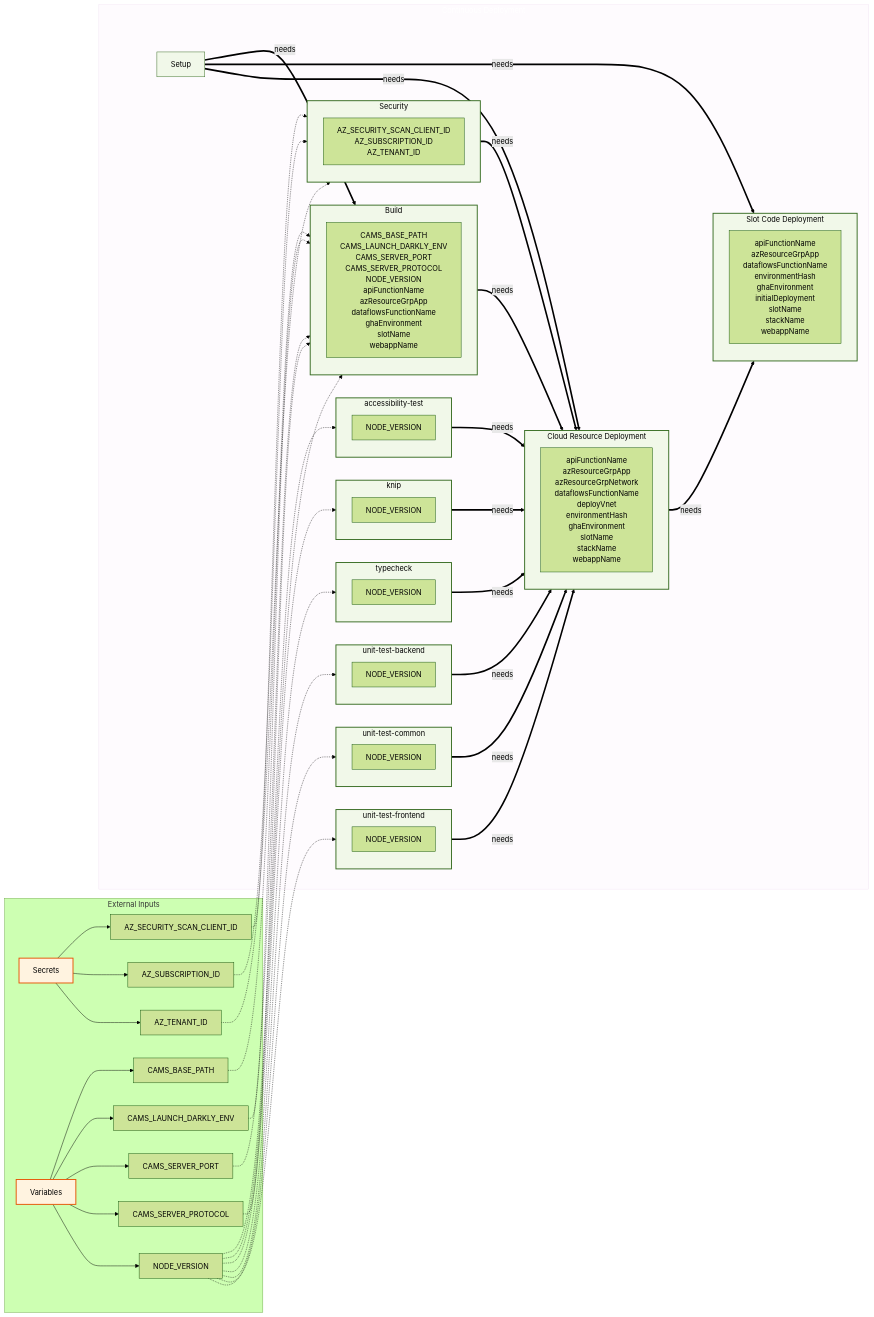
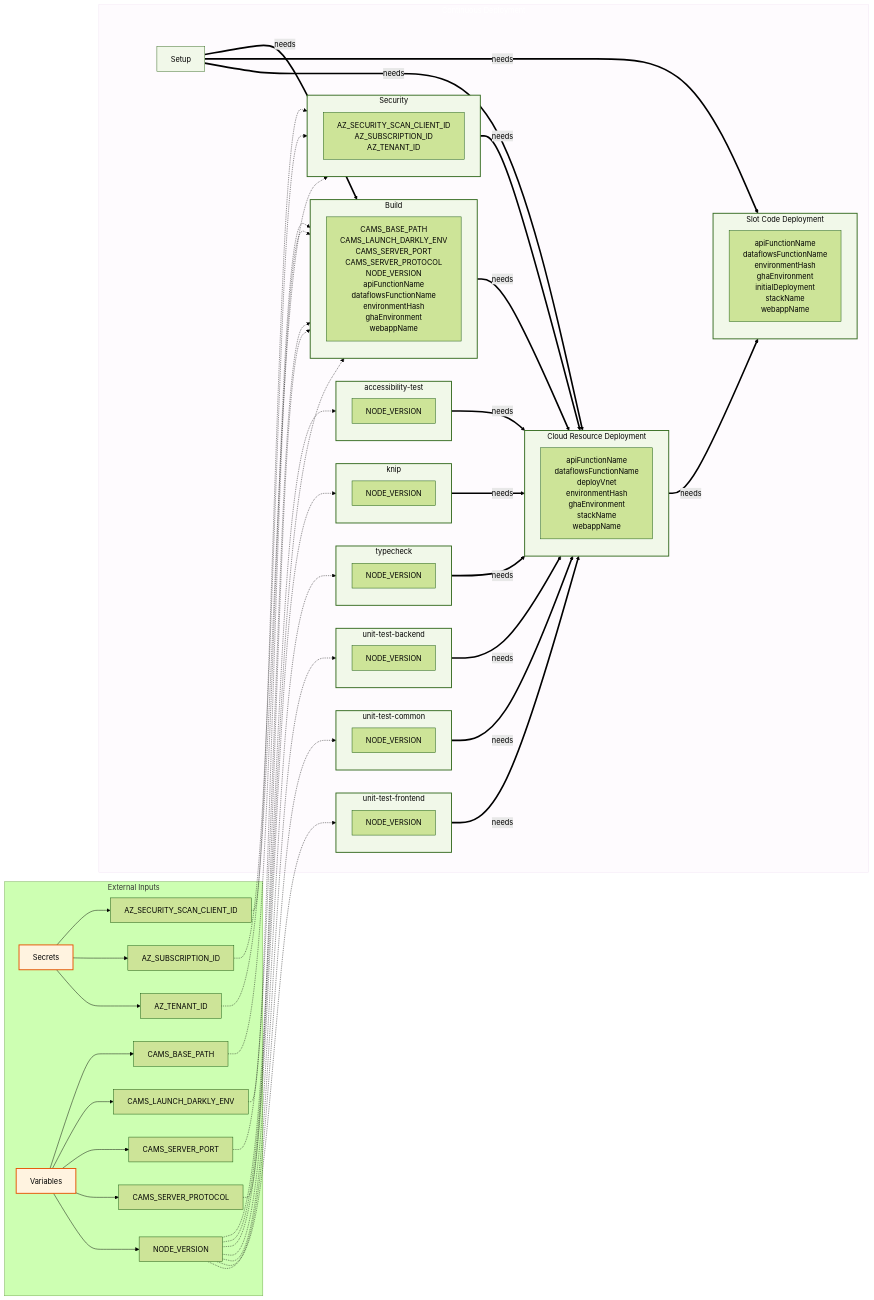
Before and after one commit to US-Trustee-Program/Bankruptcy-Oversight-Support-Systems: diagram 14 of 25 in docs/operations/workflow-diagram.md, drawn with Mermaid (forest theme). The commit also changed other lines of this file and 15 other files, not shown here.

```diff
--- a/docs/operations/workflow-diagram.md
+++ b/docs/operations/workflow-diagram.md
@@ -911,13 +895,13 @@
             security_scan_vars["AZ_SECURITY_SCAN_CLIENT_ID<br/>AZ_SUBSCRIPTION_ID<br/>AZ_TENANT_ID"]
         end
         subgraph build_subgraph["Build"]
-            build_vars["CAMS_BASE_PATH<br/>CAMS_LAUNCH_DARKLY_ENV<br/>CAMS_SERVER_PORT<br/>CAMS_SERVER_PROTOCOL<br/>NODE_VERSION<br/>apiFunctionName<br/>azResourceGrpApp<br/>dataflowsFunctionName<br/>ghaEnvironment<br/>slotName<br/>webappName"]
+            build_vars["CAMS_BASE_PATH<br/>CAMS_LAUNCH_DARKLY_ENV<br/>CAMS_SERVER_PORT<br/>CAMS_SERVER_PROTOCOL<br/>NODE_VERSION<br/>apiFunctionName<br/>dataflowsFunctionName<br/>environmentHash<br/>ghaEnvironment<br/>webappName"]
         end
         subgraph deploy_subgraph["Cloud Resource Deployment"]
-            deploy_vars["apiFunctionName<br/>azResourceGrpApp<br/>azResourceGrpNetwork<br/>dataflowsFunctionName<br/>deployVnet<br/>environmentHash<br/>ghaEnvironment<br/>slotName<br/>stackName<br/>webappName"]
+            deploy_vars["apiFunctionName<br/>dataflowsFunctionName<br/>deployVnet<br/>environmentHash<br/>ghaEnvironment<br/>stackName<br/>webappName"]
         end
         subgraph deploy_code_slot_subgraph["Slot Code Deployment"]
-            deploy_code_slot_vars["apiFunctionName<br/>azResourceGrpApp<br/>dataflowsFunctionName<br/>environmentHash<br/>ghaEnvironment<br/>initialDeployment<br/>slotName<br/>stackName<br/>webappName"]
+            deploy_code_slot_vars["apiFunctionName<br/>dataflowsFunctionName<br/>environmentHash<br/>ghaEnvironment<br/>initialDeployment<br/>stackName<br/>webappName"]
         end
     end
 
```
